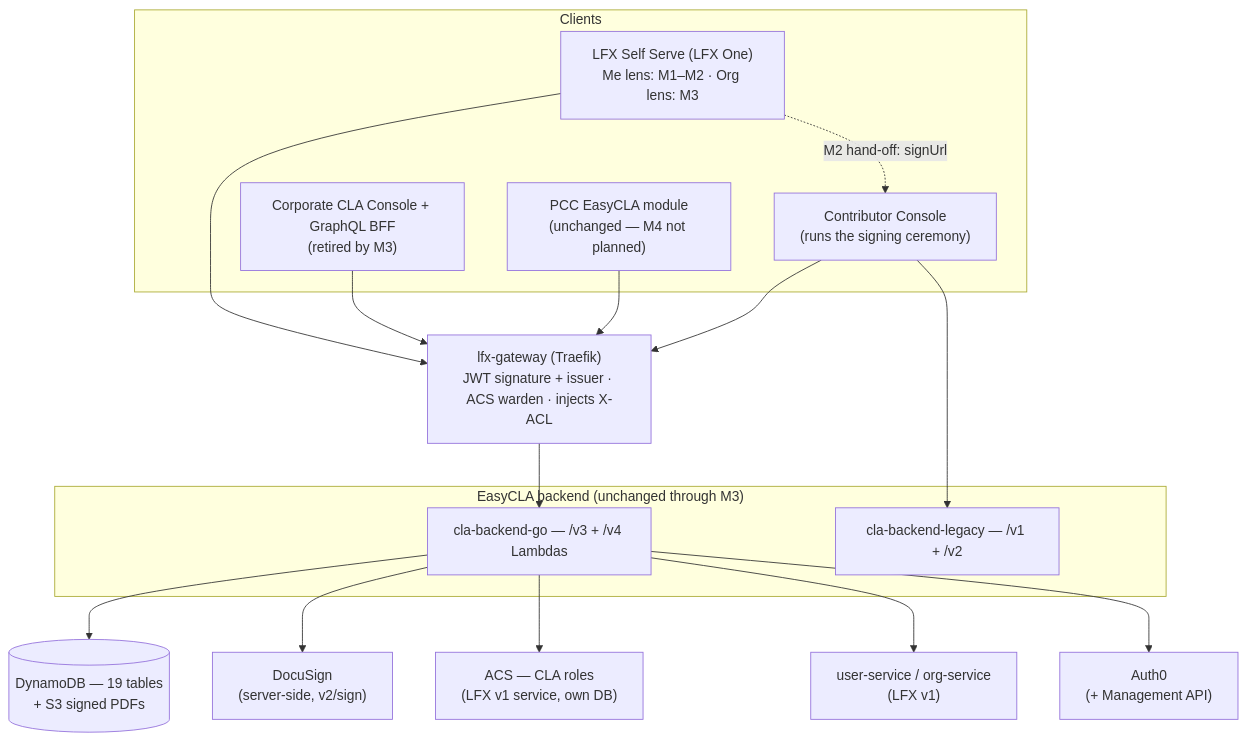
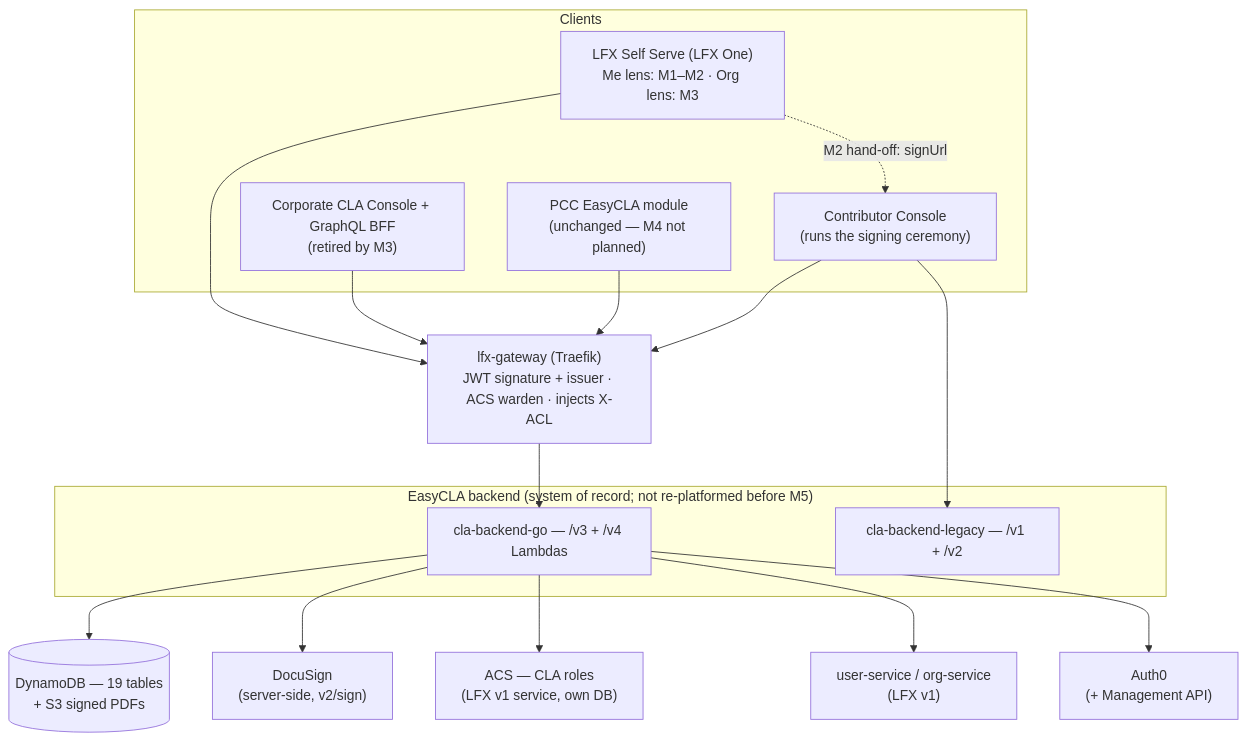
Before and after one commit to linuxfoundation/easycla: the diagram in ARCHITECTURE.md, drawn with Mermaid. The commit also changed other lines of this file, not shown here.

````diff
--- a/ARCHITECTURE.md
+++ b/ARCHITECTURE.md
@@ -33,32 +33,32 @@
 ```mermaid
 flowchart TB
     subgraph clients["Clients"]
         SS["LFX Self Serve (LFX One)<br/>Me lens: M1–M2 · Org lens: M3"]
         CTC["Contributor Console<br/>(runs the signing ceremony)"]
         CCC["Corporate CLA Console + GraphQL BFF<br/>(retired by M3)"]
         PCC["PCC EasyCLA module<br/>(unchanged — M4 not planned)"]
     end
     GW["lfx-gateway (Traefik)<br/>JWT signature + issuer · ACS warden · injects X-ACL"]
-    subgraph backend["EasyCLA backend (unchanged through M3)"]
+    subgraph backend["EasyCLA backend (system of record; not re-platformed before M5)"]
         V4["cla-backend-go — /v3 + /v4 Lambdas"]
         LEG["cla-backend-legacy — /v1 + /v2"]
     end
     DDB[("DynamoDB — 19 tables<br/>+ S3 signed PDFs")]
     DS["DocuSign<br/>(server-side, v2/sign)"]
     ACS["ACS — CLA roles<br/>(LFX v1 service, own DB)"]
     US["user-service / org-service<br/>(LFX v1)"]
     AUTH["Auth0<br/>(+ Management API)"]
 
     SS --> GW
     CTC --> GW
     CCC --> GW
     PCC --> GW
     CTC --> LEG
     GW --> V4
     V4 --> DDB
     V4 --> DS
     V4 --> ACS
     V4 --> US
     V4 --> AUTH
     SS -.->|"M2 hand-off: signUrl"| CTC
 ```
````
